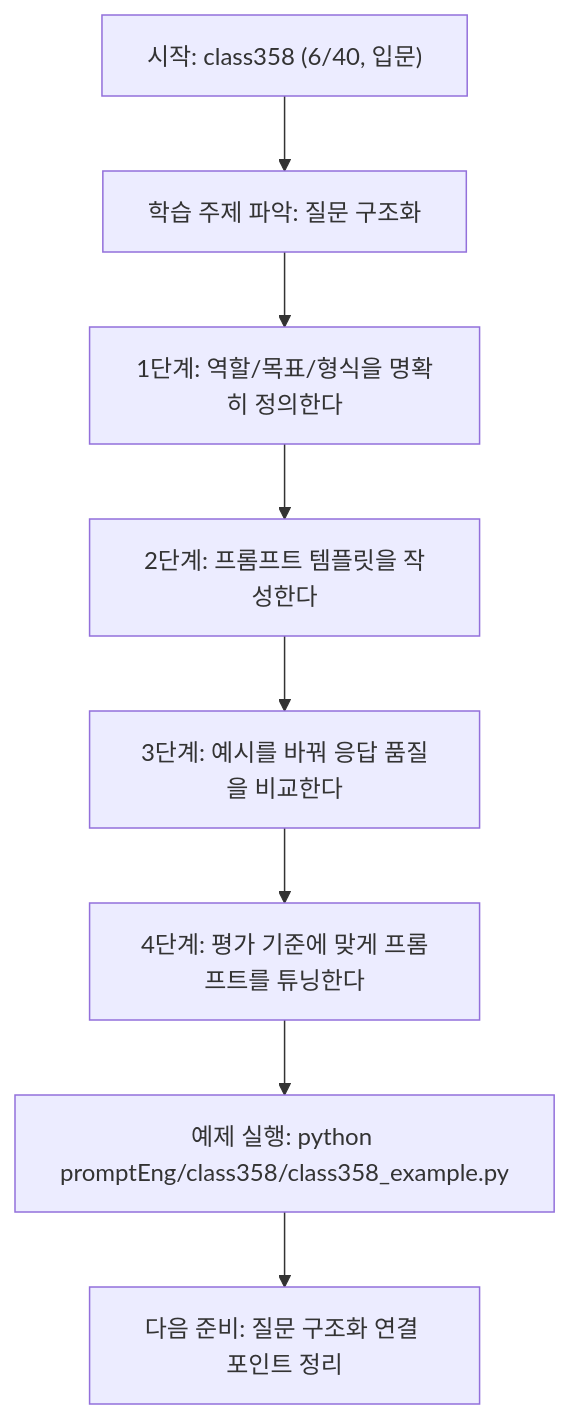
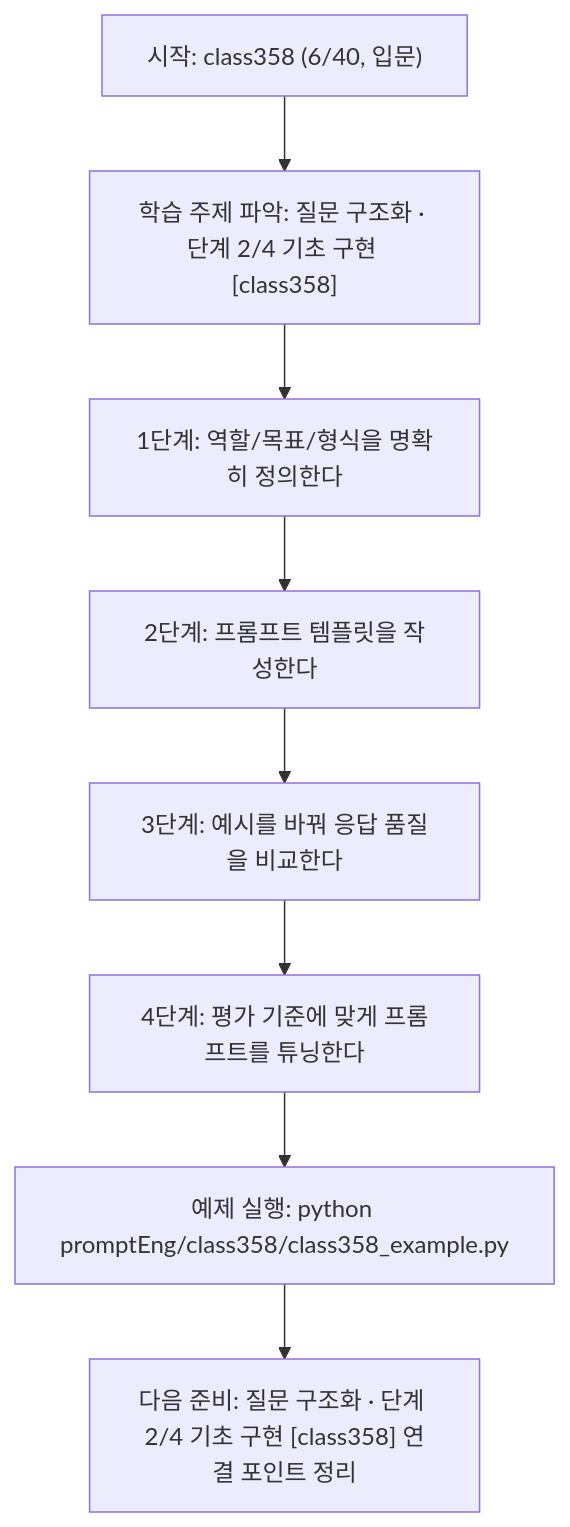
Before and after one commit to edumgt/Python-AI_Agent-Class: the diagram in promptEng/class358/class358.md, drawn with Mermaid. The commit also changed other lines of this file and 522 other files, not shown here.

````diff
--- a/promptEng/class358/class358.md
+++ b/promptEng/class358/class358.md
@@ -108,18 +109,18 @@
 ```mermaid
 flowchart TD
 N1["시작: class358 (6/40, 입문)"]
-N2["학습 주제 파악: 질문 구조화"]
+N2["학습 주제 파악: 질문 구조화 · 단계 2/4 기초 구현 [class358]"]
 N3["1단계: 역할/목표/형식을 명확히 정의한다"]
 N4["2단계: 프롬프트 템플릿을 작성한다"]
 N5["3단계: 예시를 바꿔 응답 품질을 비교한다"]
 N6["4단계: 평가 기준에 맞게 프롬프트를 튜닝한다"]
 N7["예제 실행: python promptEng/class358/class358_example.py"]
-N8["다음 준비: 질문 구조화 연결 포인트 정리"]
+N8["다음 준비: 질문 구조화 · 단계 2/4 기초 구현 [class358] 연결 포인트 정리"]
 N1 --> N2
 N2 --> N3
 N3 --> N4
 N4 --> N5
 N5 --> N6
 N6 --> N7
 N7 --> N8
 ```
````
